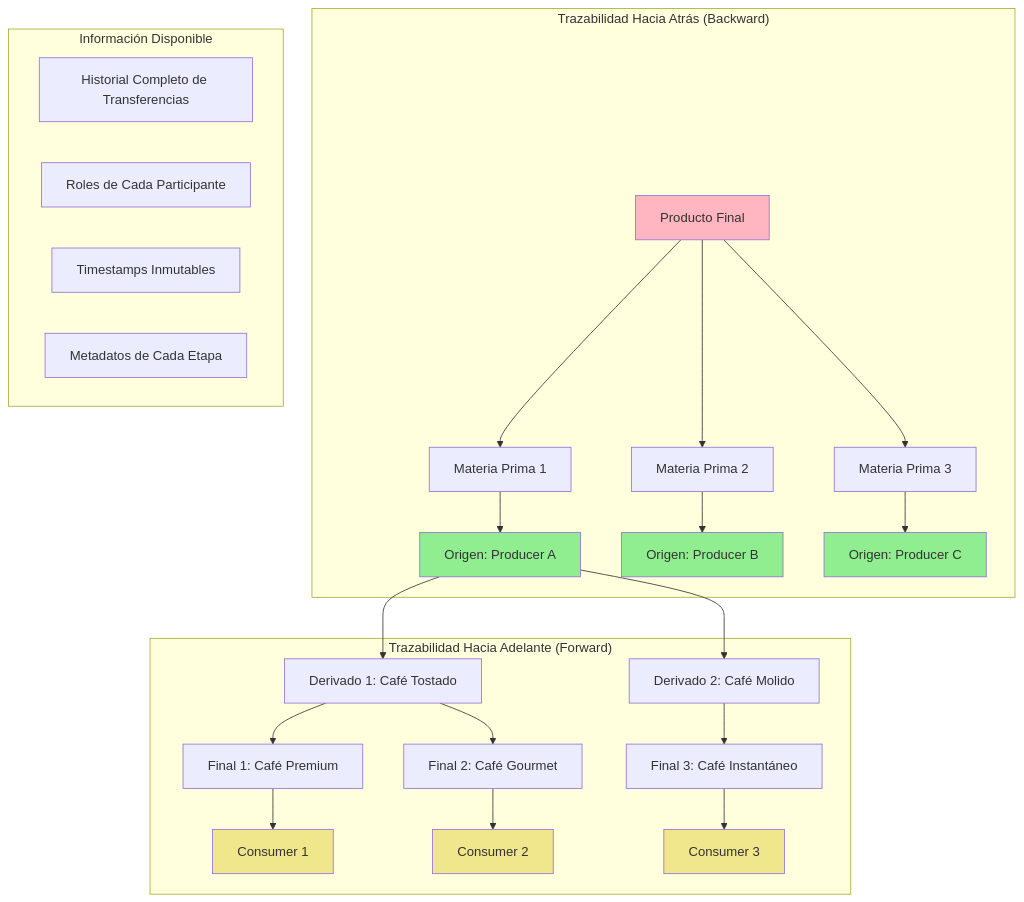
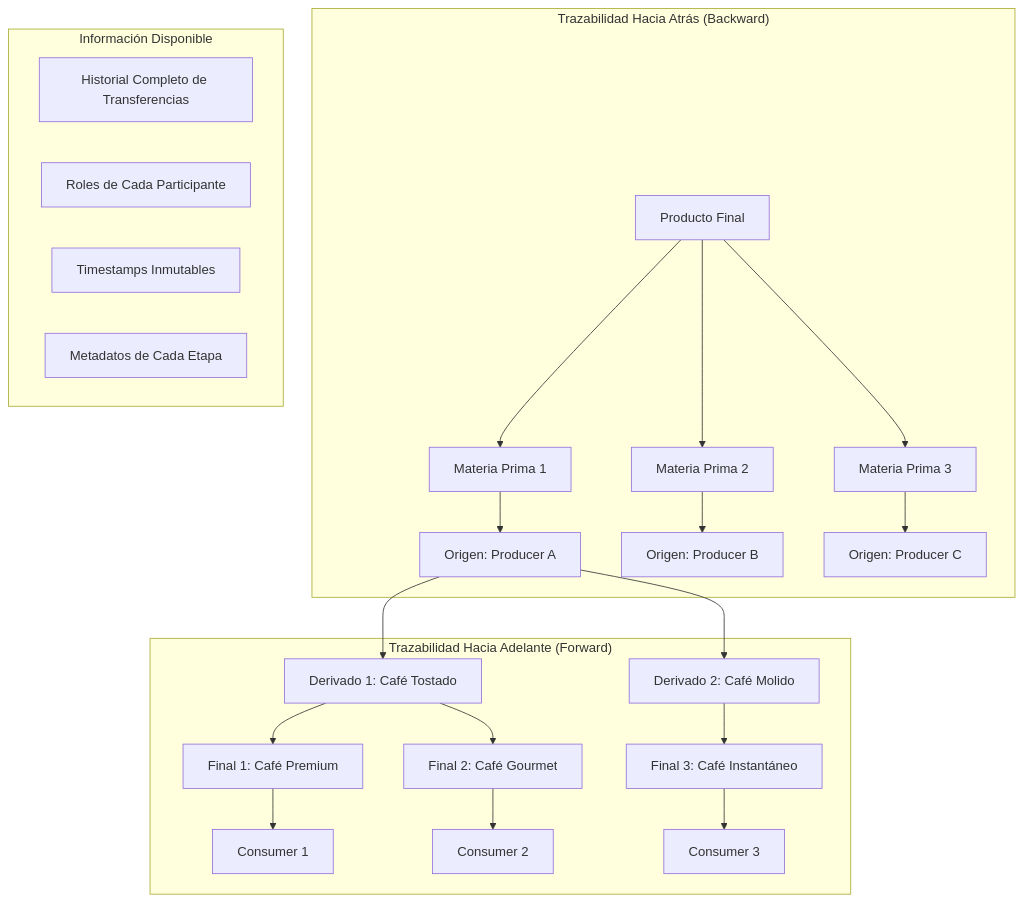
The fourth of 5 diagrams in README.md (risuiar/supply-chain-tracker), drawn with Mermaid before and after one commit. The commit also changed other lines of this file, not shown here.

````diff
--- a/README.md
+++ b/README.md
@@ -186,40 +167,33 @@
 ```mermaid
 graph TD
     subgraph "Trazabilidad Hacia Atrás (Backward)"
         P1[Producto Final] --> M1[Materia Prima 1]
         P1 --> M2[Materia Prima 2]
         P1 --> M3[Materia Prima 3]
         
         M1 --> O1[Origen: Producer A]
         M2 --> O2[Origen: Producer B]
         M3 --> O3[Origen: Producer C]
     end
     
     subgraph "Trazabilidad Hacia Adelante (Forward)"
         O1 --> D1[Derivado 1: Café Tostado]
         O1 --> D2[Derivado 2: Café Molido]
         
         D1 --> F1[Final 1: Café Premium]
         D1 --> F2[Final 2: Café Gourmet]
         D2 --> F3[Final 3: Café Instantáneo]
         
         F1 --> C1[Consumer 1]
         F2 --> C2[Consumer 2]
         F3 --> C3[Consumer 3]
     end
     
     subgraph "Información Disponible"
         I1[Historial Completo de Transferencias]
         I2[Roles de Cada Participante]
         I3[Timestamps Inmutables]
         I4[Metadatos de Cada Etapa]
     end
     
-    style P1 fill:#FFB6C1
-    style O1 fill:#90EE90
-    style O2 fill:#90EE90
-    style O3 fill:#90EE90
-    style C1 fill:#F0E68C
-    style C2 fill:#F0E68C
-    style C3 fill:#F0E68C
 ```
````
